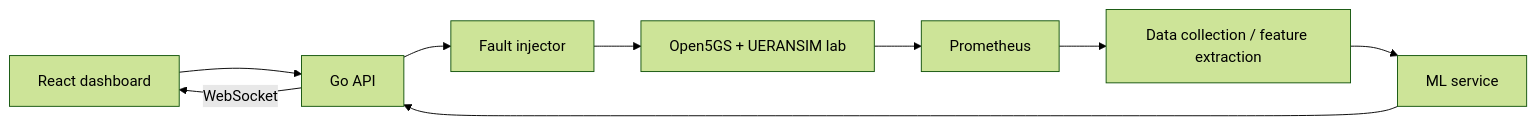
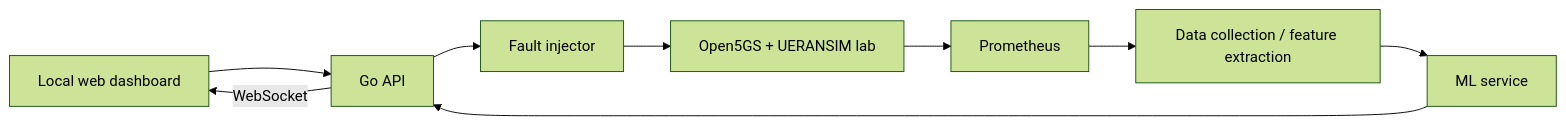
The diagram in README.md (lazypanic999/CorePulse), drawn with Mermaid (forest theme) before and after one commit. The commit also changed other lines of this file and 16 other files, not shown here.

Commit message:
feat: add local dashboard and interface captures

````diff
--- a/README.md
+++ b/README.md
@@ -18,11 +20,11 @@
 ```mermaid
 flowchart LR
-  UI[React dashboard] --> API[Go API]
+  UI[Local web dashboard] --> API[Go API]
   API --> INJ[Fault injector]
   INJ --> LAB[Open5GS + UERANSIM lab]
   LAB --> PROM[Prometheus]
   PROM --> COL[Data collection / feature extraction]
   COL --> ML[ML service]
   ML --> API
   API -- WebSocket --> UI
 ```
````
